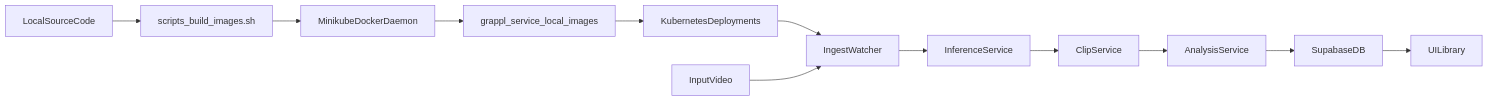
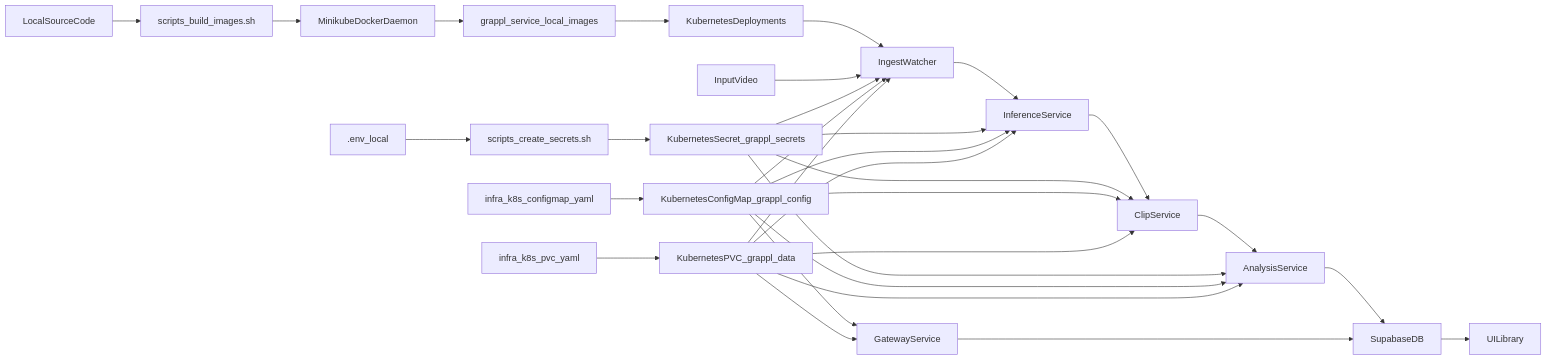
One commit to protektiq/grappl changed the diagram in DATA_FLOW_DIAGRAM.md. Above: the diagram before and after it, drawn with Mermaid. The commit also changed 12 other files, not shown here.

Commit message:
completed Task 1.5 — Kubernetes Secret Manifests & Config & Task 1.6 — Nginx UI Shell & Kubernetes Deployment

````diff
--- a/DATA_FLOW_DIAGRAM.md
+++ b/DATA_FLOW_DIAGRAM.md
@@ -3,15 +3,34 @@
 ```mermaid
 flowchart LR
   localSource[LocalSourceCode] --> buildScript[scripts_build_images.sh]
   buildScript --> minikubeDocker[MinikubeDockerDaemon]
   minikubeDocker --> localImages[grappl_service_local_images]
   localImages --> k8sDeployments[KubernetesDeployments]
   k8sDeployments --> ingestWatcher[IngestWatcher]
+  envLocal[.env_local] --> createSecretsScript[scripts_create_secrets.sh]
+  createSecretsScript --> grapplSecrets[KubernetesSecret_grappl_secrets]
+  configmapYaml[infra_k8s_configmap_yaml] --> grapplConfig[KubernetesConfigMap_grappl_config]
+  pvcYaml[infra_k8s_pvc_yaml] --> grapplDataPvc[KubernetesPVC_grappl_data]
 
   inputVideo[InputVideo] --> ingestWatcher[IngestWatcher]
   ingestWatcher --> inferenceService[InferenceService]
   inferenceService --> clipService[ClipService]
   clipService --> analysisService[AnalysisService]
+  grapplSecrets --> ingestWatcher
+  grapplSecrets --> inferenceService
+  grapplSecrets --> clipService
+  grapplSecrets --> analysisService
+  grapplConfig --> ingestWatcher
+  grapplConfig --> inferenceService
+  grapplConfig --> clipService
+  grapplConfig --> analysisService
+  grapplConfig --> gatewayService[GatewayService]
+  grapplDataPvc --> ingestWatcher
+  grapplDataPvc --> inferenceService
+  grapplDataPvc --> clipService
+  grapplDataPvc --> analysisService
+  grapplDataPvc --> gatewayService
   analysisService --> supabaseDb[SupabaseDB]
+  gatewayService --> supabaseDb
   supabaseDb --> uiLibrary[UILibrary]
 ```
````
